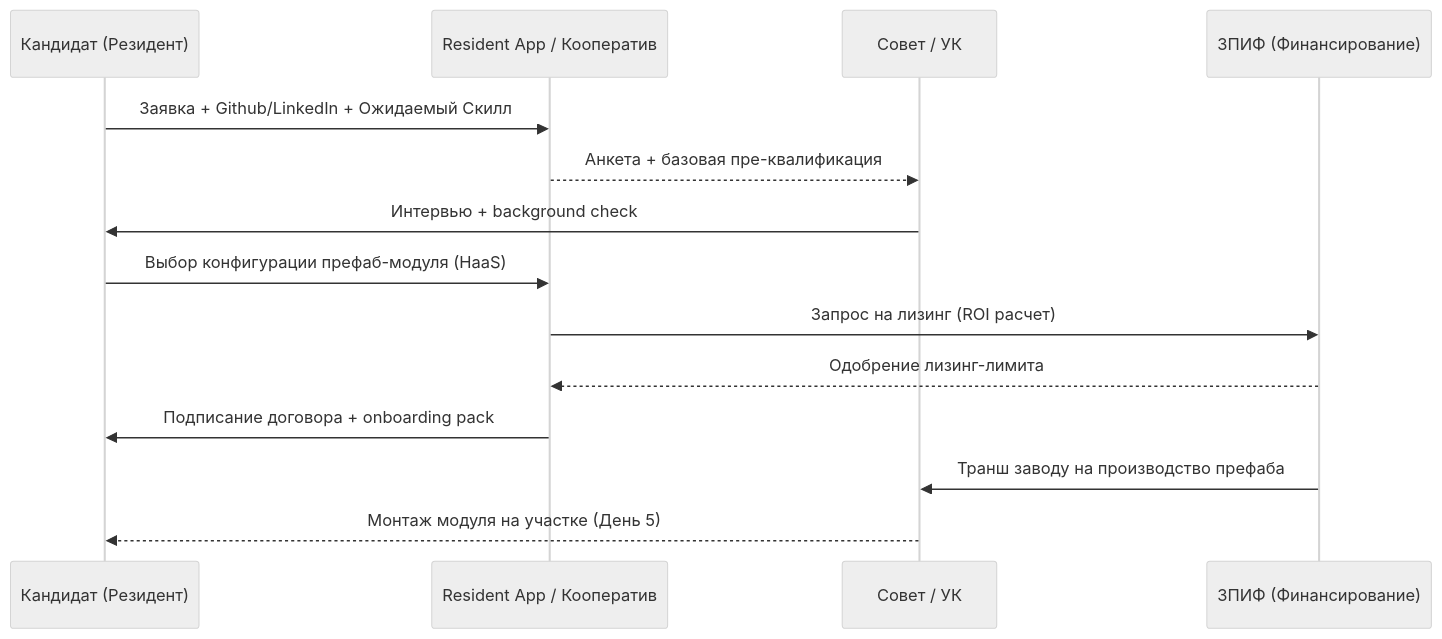
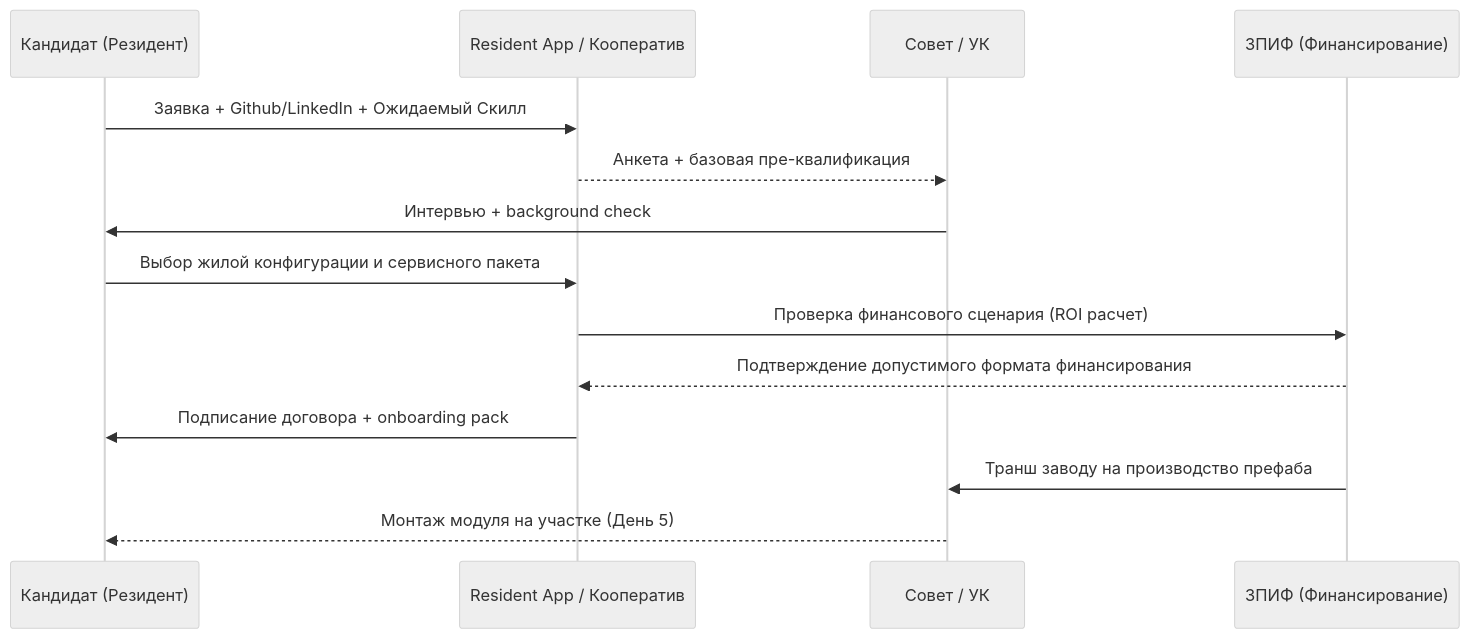
Before and after one commit to NeuroLoft/NEURO-ESTATE: the diagram in ТЭО_Родовое_Поместье_Кейс/Приложения_Библиотека_Технологий/Примеры_бизнес_процессов.md, drawn with Mermaid (neutral theme). The commit also changed other lines of this file and 35 other files, not shown here.

````diff
--- a/ТЭО_Родовое_Поместье_Кейс/Приложения_Библиотека_Технологий/Примеры_бизнес_процессов.md
+++ b/ТЭО_Родовое_Поместье_Кейс/Приложения_Библиотека_Технологий/Примеры_бизнес_процессов.md
@@ -28,17 +28,17 @@
 ```mermaid
 sequenceDiagram
     participant К as Кандидат (Резидент)
     participant Б as Resident App / Кооператив
     participant С as Совет / УК
     participant Ф as ЗПИФ (Финансирование)
 
     К->>Б: Заявка + Github/LinkedIn + Ожидаемый Скилл
     Б-->>С: Анкета + базовая пре-квалификация
     С->>К: Интервью + background check
-    К->>Б: Выбор конфигурации префаб-модуля (HaaS)
-    Б->>Ф: Запрос на лизинг (ROI расчет)
-    Ф-->>Б: Одобрение лизинг-лимита
+    К->>Б: Выбор жилой конфигурации и сервисного пакета
+    Б->>Ф: Проверка финансового сценария (ROI расчет)
+    Ф-->>Б: Подтверждение допустимого формата финансирования
     Б->>К: Подписание договора + onboarding pack
     Ф->>С: Транш заводу на производство префаба
     С-->>К: Монтаж модуля на участке (День 5)
 ```
````
